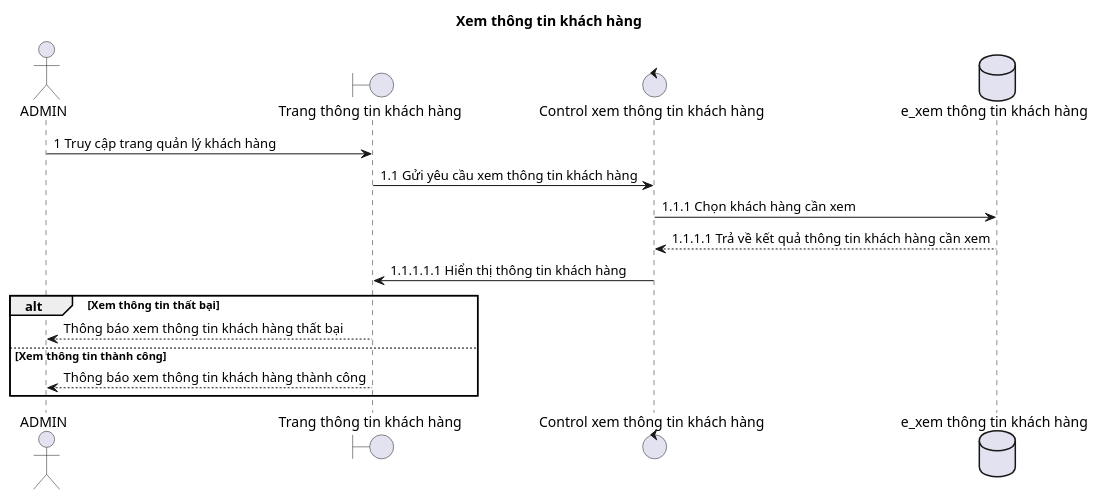
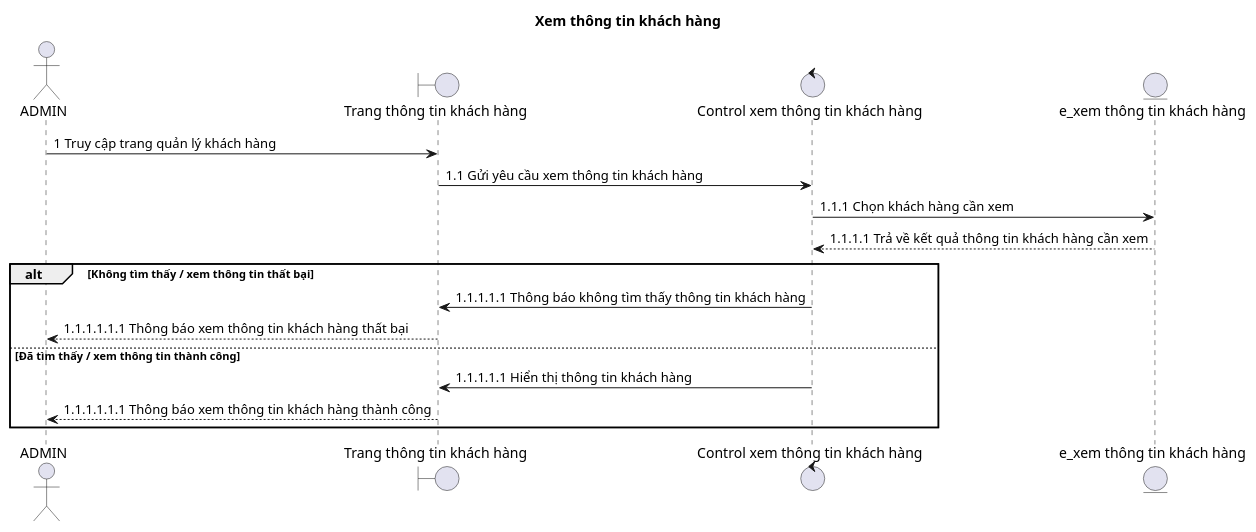
One commit to duygri/do-an-htttdn-crm changed the diagram in docs/diagrams/sequence/preview/02-view-customer-information.puml. Above: the diagram before and after it, drawn with PlantUML. The commit also changed 9 other files, not shown here.

Commit message:
docs: align PlantUML BCE notation

```diff
--- a/docs/diagrams/sequence/preview/02-view-customer-information.puml
+++ b/docs/diagrams/sequence/preview/02-view-customer-information.puml
@@ -1,20 +1,21 @@
 @startuml
 title Xem thông tin khách hàng
 
 actor ADMIN as Admin
 boundary "Trang thông tin khách hàng" as Boundary
 control "Control xem thông tin khách hàng" as Control
-database "e_xem thông tin khách hàng" as Entity
+entity "e_xem thông tin khách hàng" as Entity
 
 Admin -> Boundary: 1 Truy cập trang quản lý khách hàng
 Boundary -> Control: 1.1 Gửi yêu cầu xem thông tin khách hàng
 Control -> Entity: 1.1.1 Chọn khách hàng cần xem
 Entity --> Control: 1.1.1.1 Trả về kết quả thông tin khách hàng cần xem
-Control -> Boundary: 1.1.1.1.1 Hiển thị thông tin khách hàng
 
-alt Xem thông tin thất bại
-  Boundary --> Admin: Thông báo xem thông tin khách hàng thất bại
-else Xem thông tin thành công
-  Boundary --> Admin: Thông báo xem thông tin khách hàng thành công
+alt Không tìm thấy / xem thông tin thất bại
+  Control -> Boundary: 1.1.1.1.1 Thông báo không tìm thấy thông tin khách hàng
+  Boundary --> Admin: 1.1.1.1.1.1 Thông báo xem thông tin khách hàng thất bại
+else Đã tìm thấy / xem thông tin thành công
+  Control -> Boundary: 1.1.1.1.1 Hiển thị thông tin khách hàng
+  Boundary --> Admin: 1.1.1.1.1.1 Thông báo xem thông tin khách hàng thành công
 end
 @enduml
```
